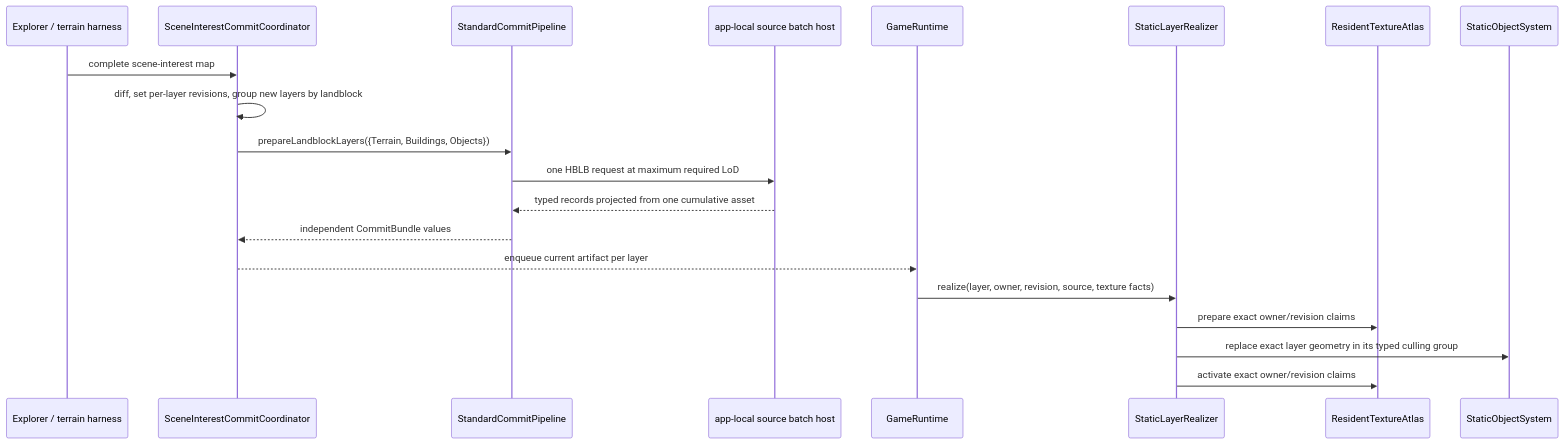
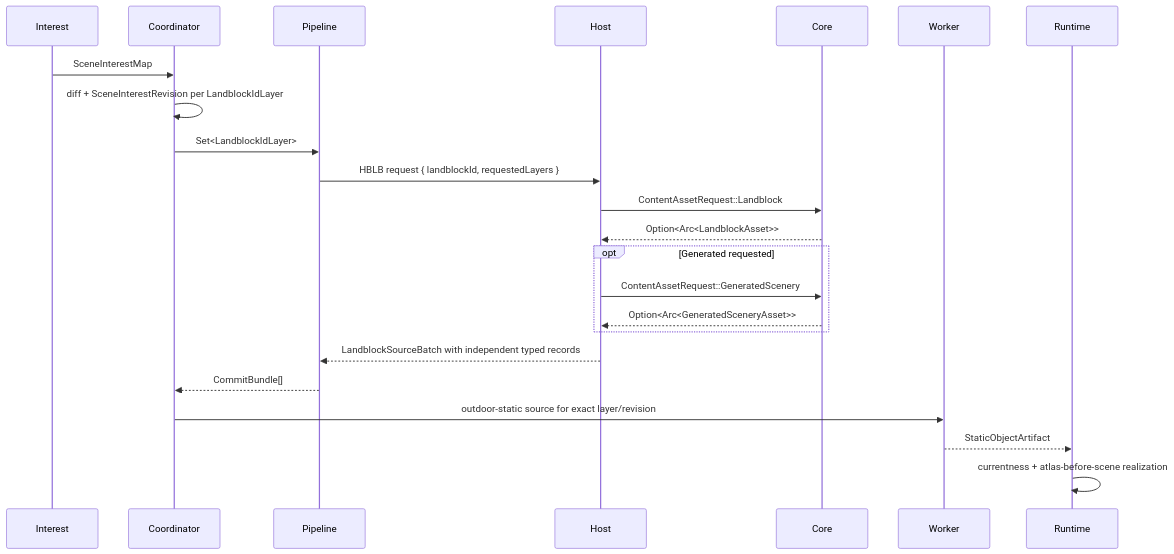
The second of 3 diagrams in apps/holtburger-3d/ARCHITECTURE_AUDIT.md (merklejerk/holtburger), drawn with Mermaid before and after one commit. The commit also changed other lines of this file and 50 other files, not shown here.

First line of the commit message:
refactor(content): establish canonical landblock boundary

````diff
--- a/apps/holtburger-3d/ARCHITECTURE_AUDIT.md
+++ b/apps/holtburger-3d/ARCHITECTURE_AUDIT.md
@@ -30,23 +60,26 @@
 ```mermaid
 sequenceDiagram
-    participant Interest as Explorer / terrain harness
-    participant Coordinator as SceneInterestCommitCoordinator
-    participant Pipeline as StandardCommitPipeline
-    participant Host as app-local source batch host
-    participant Runtime as GameRuntime
-    participant Realizer as StaticLayerRealizer
-    participant Atlas as ResidentTextureAtlas
-    participant Scene as StaticObjectSystem
+    participant Interest
+    participant Coordinator
+    participant Pipeline
+    participant Host
+    participant Core
+    participant Worker
+    participant Runtime
 
-    Interest->>Coordinator: complete scene-interest map
-    Coordinator->>Coordinator: diff, set per-layer revisions, group new layers by landblock
-    Coordinator->>Pipeline: prepareLandblockLayers({Terrain, Buildings, Objects})
-    Pipeline->>Host: one HBLB request at maximum required LoD
-    Host-->>Pipeline: typed records projected from one cumulative asset
-    Pipeline-->>Coordinator: independent CommitBundle values
-    Coordinator-->>Runtime: enqueue current artifact per layer
-    Runtime->>Realizer: realize(layer, owner, revision, source, texture facts)
-    Realizer->>Atlas: prepare exact owner/revision claims
-    Realizer->>Scene: replace exact layer geometry in its typed culling group
-    Realizer->>Atlas: activate exact owner/revision claims
+    Interest->>Coordinator: SceneInterestMap
+    Coordinator->>Coordinator: diff + SceneInterestRevision per LandblockIdLayer
+    Coordinator->>Pipeline: Set<LandblockIdLayer>
+    Pipeline->>Host: HBLB request { landblockId, requestedLayers }
+    Host->>Core: ContentAssetRequest::Landblock
+    Core-->>Host: Option<Arc<LandblockAsset>>
+    opt Generated requested
+        Host->>Core: ContentAssetRequest::GeneratedScenery
+        Core-->>Host: Option<Arc<GeneratedSceneryAsset>>
+    end
+    Host-->>Pipeline: LandblockSourceBatch with independent typed records
+    Pipeline-->>Coordinator: CommitBundle[]
+    Coordinator->>Worker: outdoor-static source for exact layer/revision
+    Worker-->>Runtime: StaticObjectArtifact
+    Runtime->>Runtime: currentness + atlas-before-scene realization
 ```
````
